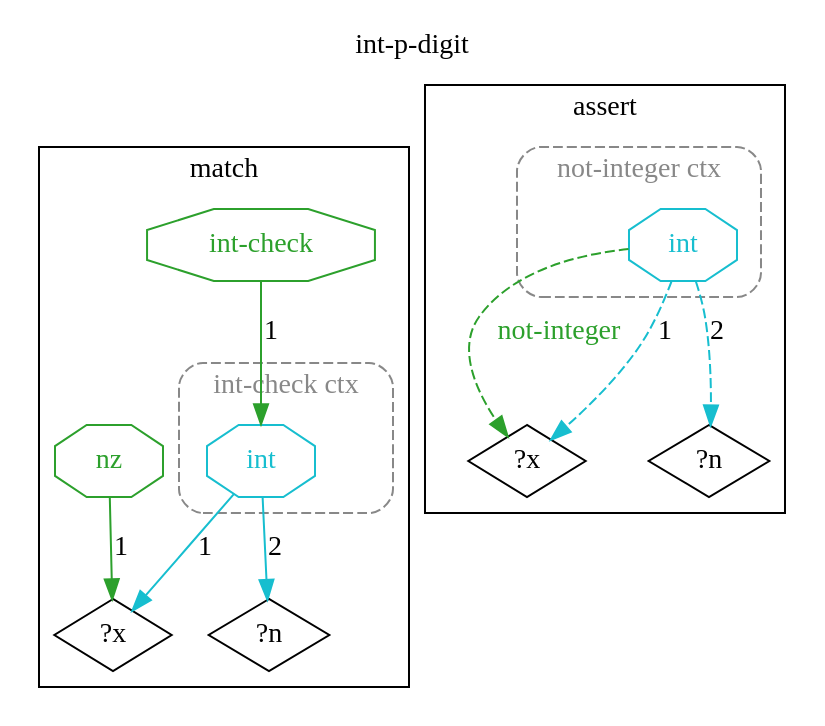
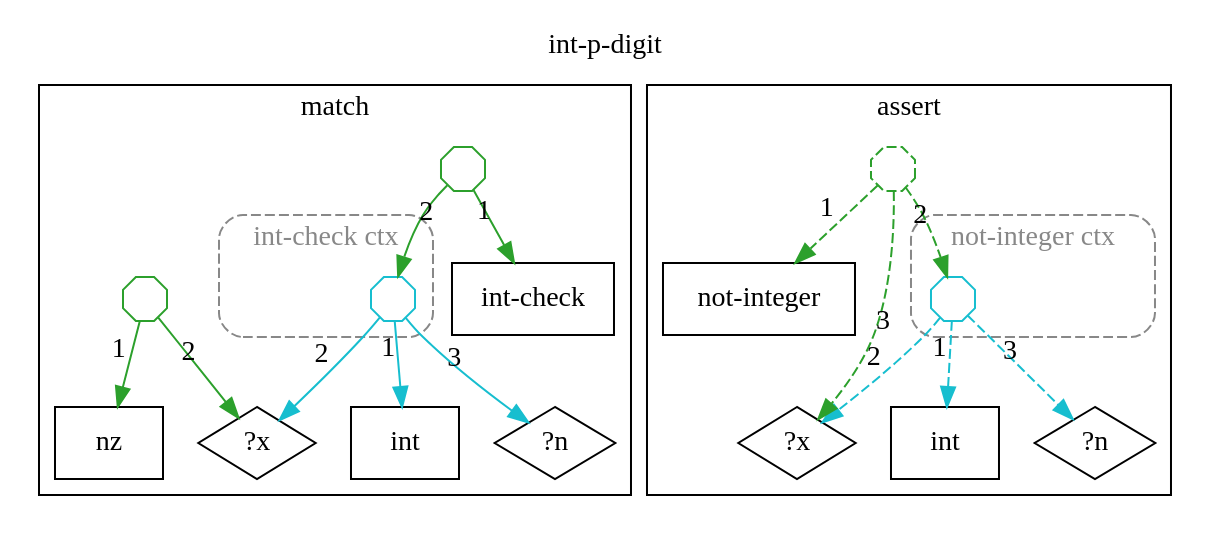
Before and after one commit to agutikov/ein: the diagram in docs/ein/user/04-reference/04-stdlib/diagrams/12-std.math.int.int-p-digit.dot, drawn with Graphviz. The commit also changed 1083 other files, not shown here.

```diff
--- a/docs/ein/user/04-reference/04-stdlib/diagrams/12-std.math.int.int-p-digit.dot
+++ b/docs/ein/user/04-reference/04-stdlib/diagrams/12-std.math.int.int-p-digit.dot
@@ -1,29 +1,41 @@
 digraph rule_int_p_digit_lhs_rhs {
   rankdir=TB;
   label="int-p-digit"; labelloc=t;
   subgraph cluster_lhs { label="match";
+    "int-check_L" [label="int-check", shape=box];
+    "int_L" [label="int", shape=box];
     "?x_L" [label="?x", shape=diamond];
     "?n_L" [label="?n", shape=diamond];
+    "nz_L" [label="nz", shape=box];
     subgraph cluster_ctx_L_0 {
       label="int-check ctx"; style="dashed,rounded"; color="#888888"; fontcolor="#888888";
-      "(int ?x ?n)_L" [shape=octagon, label="int", color="#17becf", fontcolor="#17becf"];
+      "(int ?x ?n)_L" [shape=octagon, label="", width=0.3, height=0.3, fixedsize=true, color="#17becf"];
     }
-    "h1_int-check_L" [shape=octagon, label="int-check", color="#2ca02c", fontcolor="#2ca02c"];
-    "h1_int-check_L" -> "(int ?x ?n)_L" [label="1", color="#2ca02c"];
-    "h2_nz_L" [shape=octagon, label="nz", color="#2ca02c", fontcolor="#2ca02c"];
-    "h2_nz_L" -> "?x_L" [label="1", color="#2ca02c"];
-    "(int ?x ?n)_L" -> "?x_L" [label="1", color="#17becf"];
-    "(int ?x ?n)_L" -> "?n_L" [label="2", color="#17becf"];
+    "h1_int-check_L" [shape=octagon, label="", width=0.3, height=0.3, fixedsize=true, color="#2ca02c"];
+    "h1_int-check_L" -> "int-check_L" [xlabel="1", color="#2ca02c"];
+    "h1_int-check_L" -> "(int ?x ?n)_L" [xlabel="2", color="#2ca02c"];
+    "h2_nz_L" [shape=octagon, label="", width=0.3, height=0.3, fixedsize=true, color="#2ca02c"];
+    "h2_nz_L" -> "nz_L" [xlabel="1", color="#2ca02c"];
+    "h2_nz_L" -> "?x_L" [xlabel="2", color="#2ca02c"];
+    "(int ?x ?n)_L" -> "int_L" [xlabel="1", color="#17becf"];
+    "(int ?x ?n)_L" -> "?x_L" [xlabel="2", color="#17becf"];
+    "(int ?x ?n)_L" -> "?n_L" [xlabel="3", color="#17becf"];
   }
   subgraph cluster_rhs { label="assert";
+    "not-integer_R" [label="not-integer", shape=box];
+    "int_R" [label="int", shape=box];
     "?x_R" [label="?x", shape=diamond];
     "?n_R" [label="?n", shape=diamond];
     subgraph cluster_ctx_R_0 {
       label="not-integer ctx"; style="dashed,rounded"; color="#888888"; fontcolor="#888888";
-      "(int ?x ?n)_R" [shape=octagon, label="int", color="#17becf", fontcolor="#17becf"];
+      "(int ?x ?n)_R" [shape=octagon, label="", width=0.3, height=0.3, fixedsize=true, color="#17becf"];
     }
-    "(int ?x ?n)_R" -> "?x_R" [label="not-integer", color="#2ca02c", fontcolor="#2ca02c", style=dashed];
-    "(int ?x ?n)_R" -> "?x_R" [label="1", color="#17becf", style=dashed];
-    "(int ?x ?n)_R" -> "?n_R" [label="2", color="#17becf", style=dashed];
+    "h3_not-integer_R" [shape=octagon, label="", width=0.3, height=0.3, fixedsize=true, color="#2ca02c", style=dashed];
+    "h3_not-integer_R" -> "not-integer_R" [xlabel="1", color="#2ca02c", style=dashed];
+    "h3_not-integer_R" -> "(int ?x ?n)_R" [xlabel="2", color="#2ca02c", style=dashed];
+    "h3_not-integer_R" -> "?x_R" [xlabel="3", color="#2ca02c", style=dashed];
+    "(int ?x ?n)_R" -> "int_R" [xlabel="1", color="#17becf", style=dashed];
+    "(int ?x ?n)_R" -> "?x_R" [xlabel="2", color="#17becf", style=dashed];
+    "(int ?x ?n)_R" -> "?n_R" [xlabel="3", color="#17becf", style=dashed];
   }
 }
```
